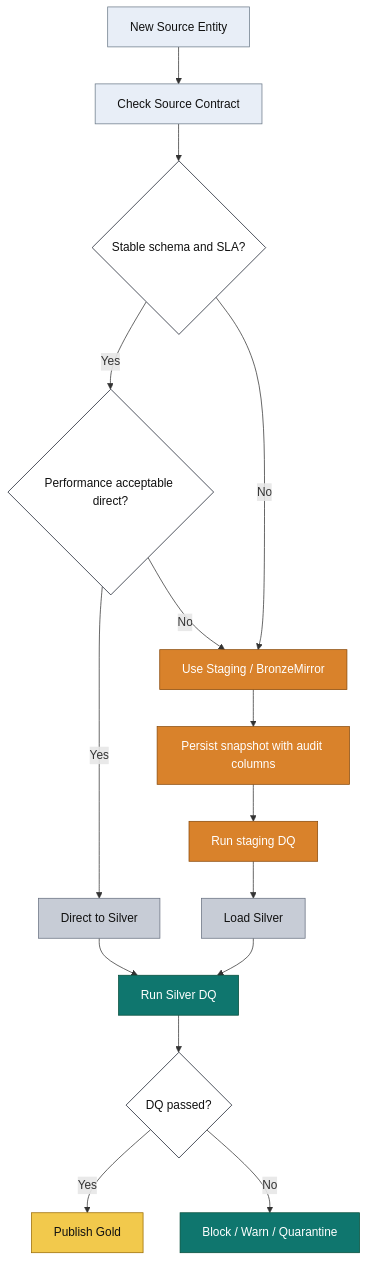
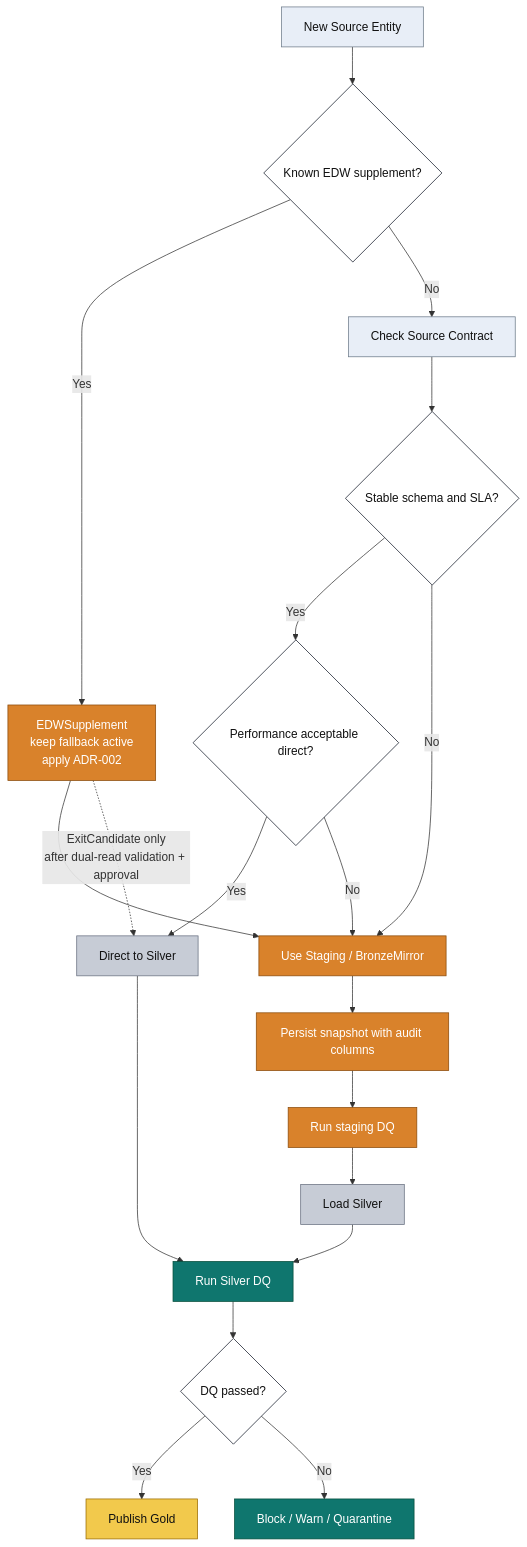
The third of 6 diagrams in 02_Architect_v10_May/02_architecture_blueprint_mermaid.md (ankinguyen-engineer-2002/Fabric-v9-Warehouse-Medallion), drawn with Mermaid before and after one commit. The commit also changed other lines of this file and 36 other files, not shown here.

First line of the commit message:
docs: v10 hybrid medallion full build — architecture, pipelines, README

````diff
--- a/02_Architect_v10_May/02_architecture_blueprint_mermaid.md
+++ b/02_Architect_v10_May/02_architecture_blueprint_mermaid.md
@@ -275,34 +276,38 @@
 ```mermaid
 flowchart TD
-    A["New Source Entity"] --> B["Check Source Contract"]
+    A["New Source Entity"] --> X{"Known EDW supplement?"}
+    X -->|"Yes"| ES["EDWSupplement<br/>keep fallback active<br/>apply ADR-002"]
+    X -->|"No"| B["Check Source Contract"]
     B --> C{"Stable schema and SLA?"}
     C -->|"Yes"| D{"Performance acceptable direct?"}
     C -->|"No"| S["Use Staging / BronzeMirror"]
 
     D -->|"Yes"| E["Direct to Silver"]
     D -->|"No"| S
+    ES --> S
+    ES -.->|"ExitCandidate only<br/>after dual-read validation + approval"| E
 
     S --> F["Persist snapshot with audit columns"]
     F --> G["Run staging DQ"]
     G --> H["Load Silver"]
 
     E --> I["Run Silver DQ"]
     H --> I
     I --> J{"DQ passed?"}
     J -->|"Yes"| K["Publish Gold"]
     J -->|"No"| L["Block / Warn / Quarantine"]
 
     class A,B neutral
-    class C,D,J decision
+    class C,D,J,X decision
     class E,H silver
-    class S,F,G staging
+    class S,F,G,ES staging
     class I,L quality
     class K gold
 
     classDef neutral fill:#E8EEF7,stroke:#6C7A89,color:#111111
     classDef decision fill:#FFFFFF,stroke:#111827,color:#111111
     classDef staging fill:#D9822B,stroke:#8A4A0A,color:#FFFFFF
     classDef silver fill:#C7CCD6,stroke:#687080,color:#111111
     classDef quality fill:#0F766E,stroke:#064E3B,color:#FFFFFF
     classDef gold fill:#F2C94C,stroke:#9A6B00,color:#111111
 ```
````
